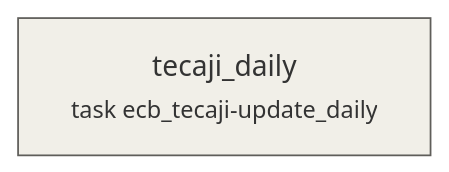
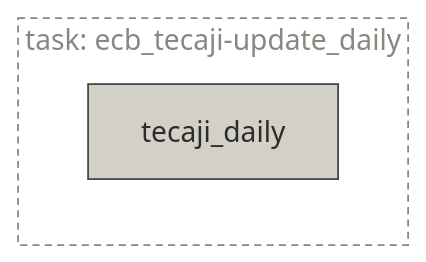
The diagram in docs/pipelines/task-ecb_tecaji-update_daily.md (majazaloznik/umar-automation-scripts), drawn with Mermaid before and after one commit. The commit also changed 31 other files, not shown here.

Commit message:
Update mermaid plots in pipelines

````diff
--- a/docs/pipelines/task-ecb_tecaji-update_daily.md
+++ b/docs/pipelines/task-ecb_tecaji-update_daily.md
@@ -21,8 +21,12 @@
 ```mermaid
 flowchart LR
-  tecaji_daily["tecaji_daily<br/><small>task ecb_tecaji-update_daily</small>"]:::step
-  classDef source fill:#FAECE7,stroke:#993C1D
-  classDef step fill:#F1EFE8,stroke:#5F5E5A
-  classDef store fill:#E1F5EE,stroke:#0F6E56
-  classDef output fill:#EEEDFE,stroke:#534AB7
+  
+  subgraph task_ecb_tecaji_update_daily["task: ecb_tecaji-update_daily"]
+    tecaji_daily["tecaji_daily"]:::step
+  end
+  style task_ecb_tecaji_update_daily fill:none,stroke:#888780,stroke-dasharray:4 3,color:#888780
+  classDef source fill:#F0997B,stroke:#712B13,color:#4A1B0C,stroke-width:1px
+  classDef step fill:#D3D1C7,stroke:#444441,color:#2C2C2A,stroke-width:1px
+  classDef store fill:#5DCAA5,stroke:#085041,color:#04342C,stroke-width:1px
+  classDef output fill:#AFA9EC,stroke:#3C3489,color:#26215C,stroke-width:1px
 ```
````
